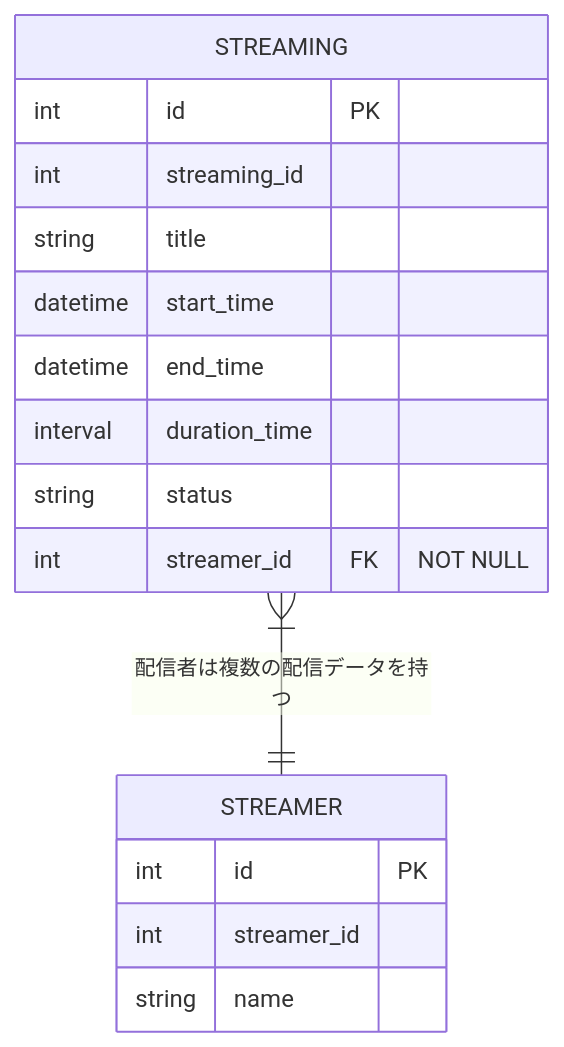
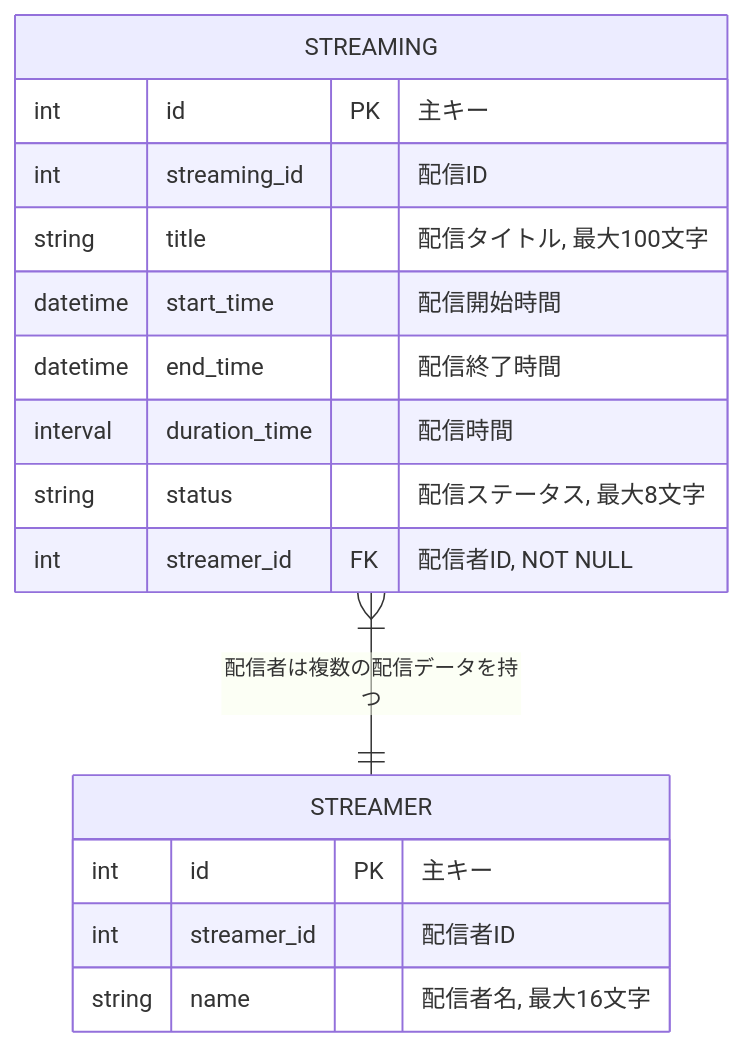
The diagram in docs/03_er_diagram.md (MASA20201203/nicodb-django), drawn with Mermaid before and after one commit. The commit also changed 2 other files, not shown here.

Commit message:
add: #5 配信者テーブルと配信テーブルのモデルを作成

````diff
--- a/docs/03_er_diagram.md
+++ b/docs/03_er_diagram.md
@@ -3,21 +3,21 @@
 ```mermaid
 erDiagram
 
+    STREAMER {
+        int id PK "主キー"
+        int streamer_id "配信者ID"
+        string name "配信者名, 最大16文字"
+    }
+
     STREAMING }|--|| STREAMER : "配信者は複数の配信データを持つ"
     STREAMING {
-        int id PK
-        int streaming_id
-        string title
-        datetime start_time
-        datetime end_time
-        interval duration_time
-        string status
-        int streamer_id FK "NOT NULL"
-    }
-
-    STREAMER {
-        int id PK
-        int streamer_id
-        string name
+        int id PK "主キー"
+        int streaming_id "配信ID"
+        string title "配信タイトル, 最大100文字"
+        datetime start_time "配信開始時間"
+        datetime end_time "配信終了時間"
+        interval duration_time "配信時間"
+        string status "配信ステータス, 最大8文字"
+        int streamer_id FK "配信者ID, NOT NULL"
     }
 ```
````
